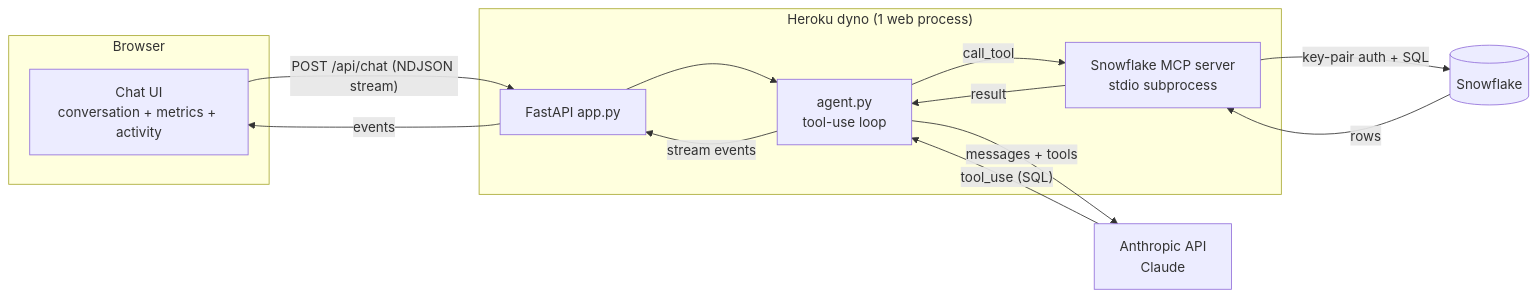
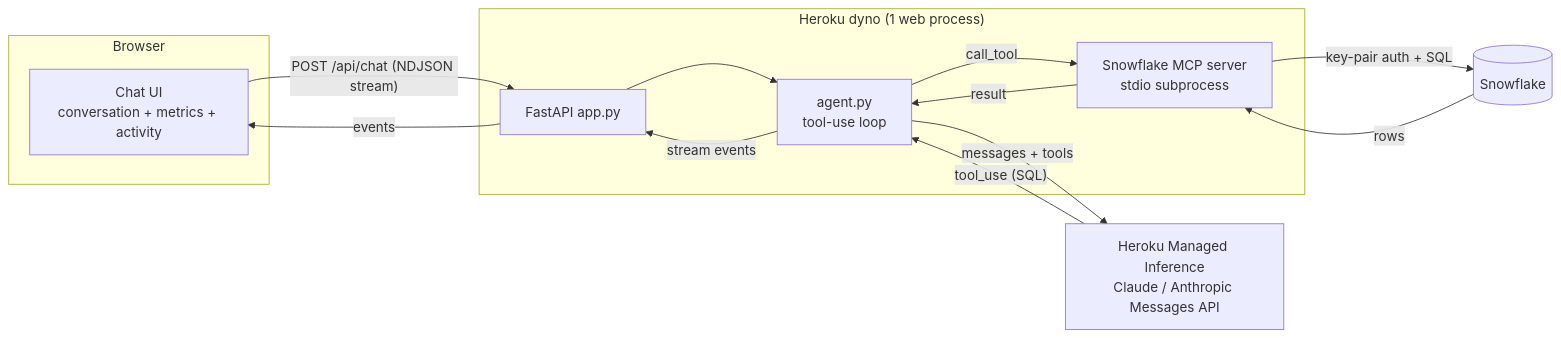
The first of 4 diagrams in ARCHITECTURE.md (zezopdx/headlessVsLlm), drawn with Mermaid before and after one commit. The commit also changed other lines of this file and 5 other files, not shown here.

First line of the commit message:
Require Heroku Managed Inference; drop Anthropic key dependency

````diff
--- a/ARCHITECTURE.md
+++ b/ARCHITECTURE.md
@@ -26,24 +26,24 @@
 ```mermaid
 graph LR
     subgraph Browser
         UI[Chat UI<br/>conversation + metrics + activity]
     end
     subgraph "Heroku dyno (1 web process)"
         API[FastAPI app.py]
         AGENT[agent.py<br/>tool-use loop]
         MCP[Snowflake MCP server<br/>stdio subprocess]
     end
-    ANTH[Anthropic API<br/>Claude]
+    ANTH[Heroku Managed Inference<br/>Claude / Anthropic Messages API]
     SNOW[(Snowflake)]
 
     UI -- "POST /api/chat (NDJSON stream)" --> API
     API --> AGENT
     AGENT -- "messages + tools" --> ANTH
     ANTH -- "tool_use (SQL)" --> AGENT
     AGENT -- "call_tool" --> MCP
     MCP -- "key-pair auth + SQL" --> SNOW
     SNOW -- "rows" --> MCP
     MCP -- "result" --> AGENT
     AGENT -- "stream events" --> API
     API -- "events" --> UI
 ```
````
